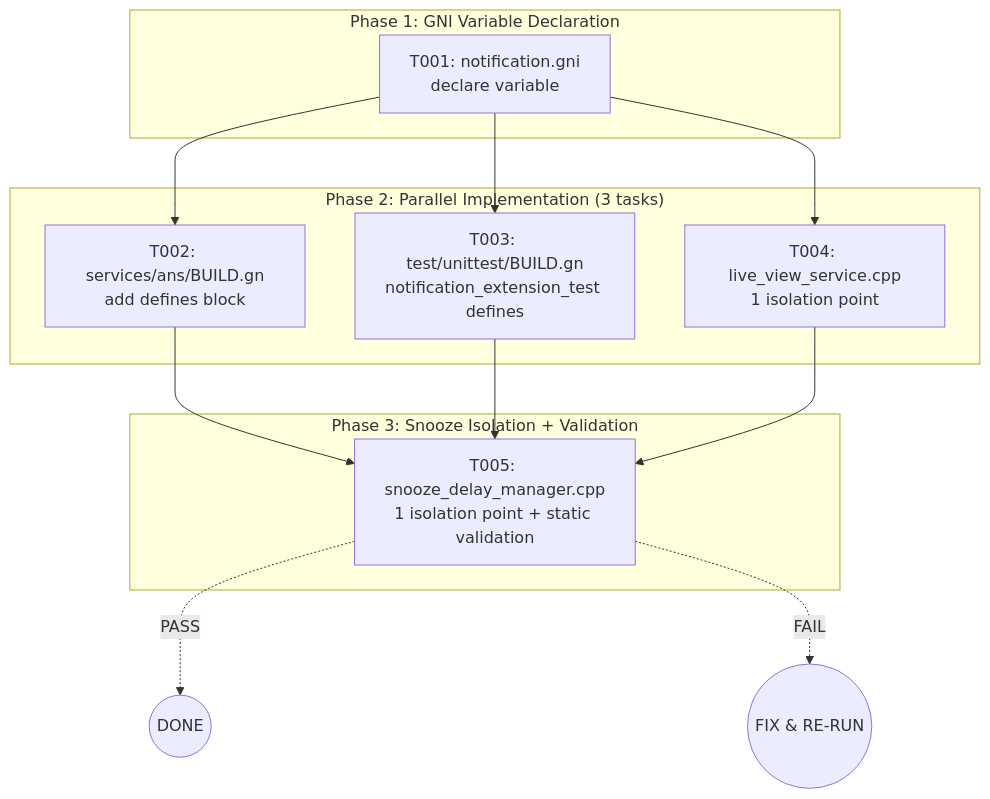
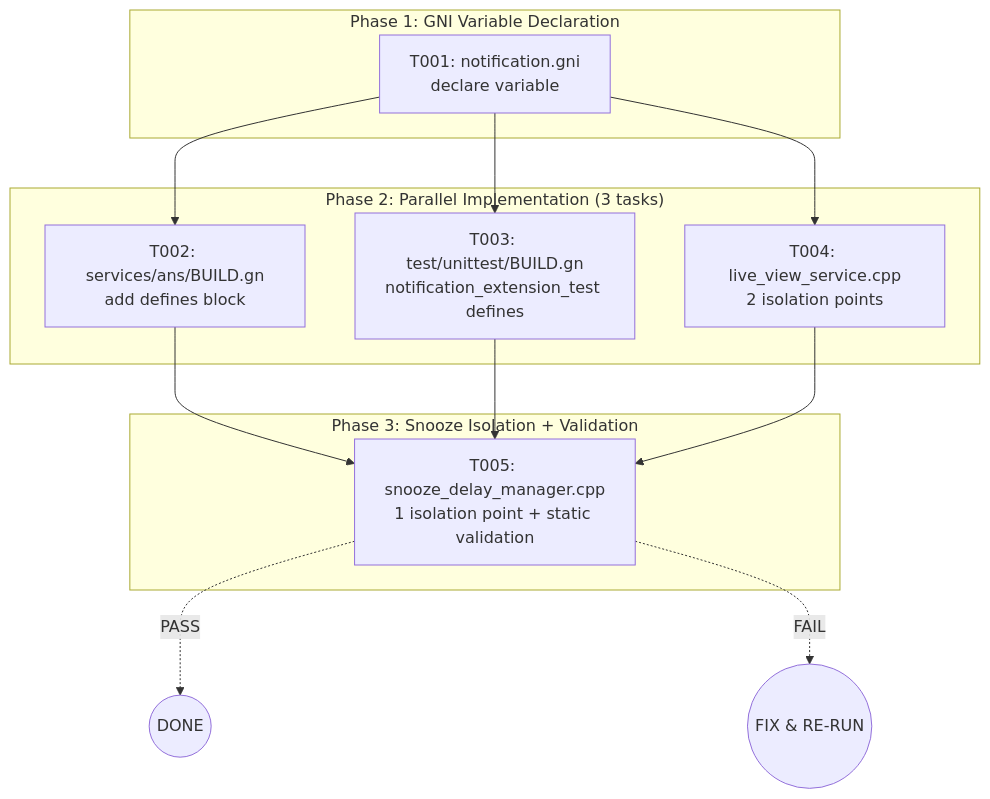
The second of 3 diagrams in .opencode/kb/features/dist-notification-persist-isolation/feature-development-plan.md (eclipse-oniro-mirrors/notification_distributed_notification_service), drawn with Mermaid before and after one commit. The commit also changed other lines of this file, not shown here.

First line of the commit message:
docs: update development plan to reflect v2 recovery path isolation change

````diff
--- a/.opencode/kb/features/dist-notification-persist-isolation/feature-development-plan.md
+++ b/.opencode/kb/features/dist-notification-persist-isolation/feature-development-plan.md
@@ -399,26 +431,26 @@
 ```mermaid
 flowchart TD
     subgraph Phase1["Phase 1: GNI Variable Declaration"]
         T001[T001: notification.gni<br/>declare variable]
     end
 
     subgraph Phase2["Phase 2: Parallel Implementation (3 tasks)"]
         T002[T002: services/ans/BUILD.gn<br/>add defines block]
         T003[T003: test/unittest/BUILD.gn<br/>notification_extension_test defines]
-        T004[T004: live_view_service.cpp<br/>1 isolation point]
+        T004[T004: live_view_service.cpp<br/>2 isolation points]
     end
 
     subgraph Phase3["Phase 3: Snooze Isolation + Validation"]
         T005[T005: snooze_delay_manager.cpp<br/>1 isolation point + static validation]
     end
 
     T001 --> T002
     T001 --> T003
     T001 --> T004
     T002 --> T005
     T003 --> T005
     T004 --> T005
 
     T005 -.->|PASS| DONE((DONE))
     T005 -.->|FAIL| FIX((FIX & RE-RUN))
 ```
````
